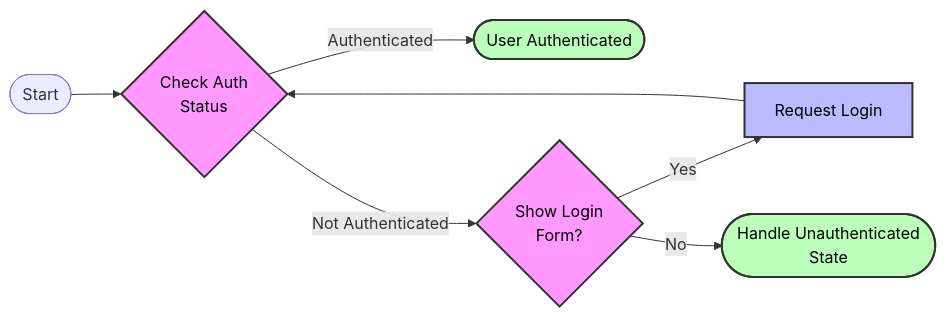
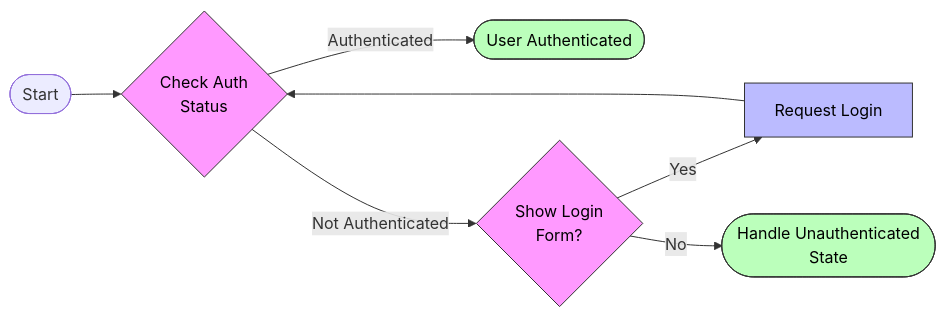
The fourth of 5 diagrams in README.md (Tablerase/42_Piscine_Mobile), drawn with Mermaid before and after one commit. The commit also changed other lines of this file and 6 other files, not shown here.

````diff
--- a/README.md
+++ b/README.md
@@ -584,20 +584,20 @@
 ```mermaid
 flowchart LR
     Start([Start]) --> Check{Check Auth<br/>Status}
 
     Check -->|Authenticated| Success([User Authenticated])
     Check -->|Not Authenticated| ShowLogin{Show Login<br/>Form?}
 
     ShowLogin -->|Yes| Request[Request Login]
     ShowLogin -->|No| HandleUnauth([Handle Unauthenticated<br/>State])
 
     Request --> Check
 
-    classDef decision fill:#f9f,stroke:#333,stroke-width:2px,color:#000
-    classDef action fill:#bbf,stroke:#333,stroke-width:2px,color:#000
-    classDef terminal fill:#bfb,stroke:#333,stroke-width:2px,color:#000
+    classDef decision fill:#f9f,stroke:#333,stroke-width:`px,color:#000
+    classDef action fill:#bbf,stroke:#333,stroke-width:1px,color:#000
+    classDef terminal fill:#bfb,stroke:#333,stroke-width:1px,color:#000
 
     class Check,ShowLogin decision
     class Request action
     class Success,HandleUnauth terminal
 ```
````
